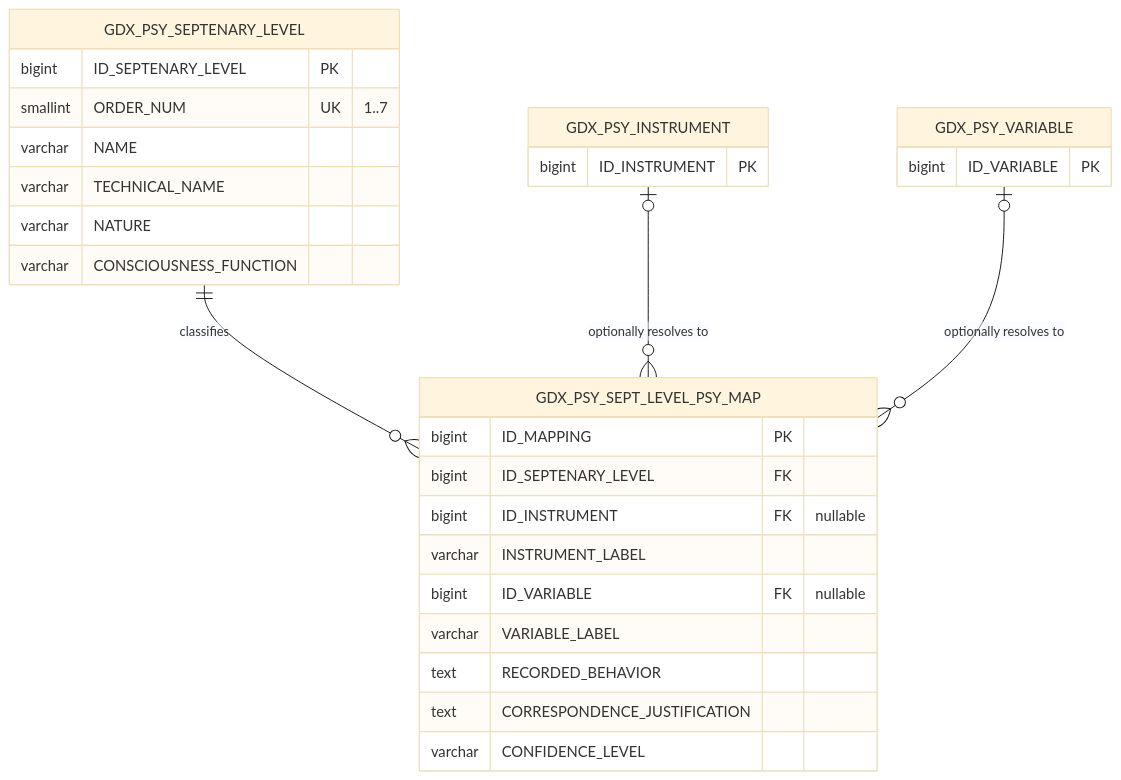
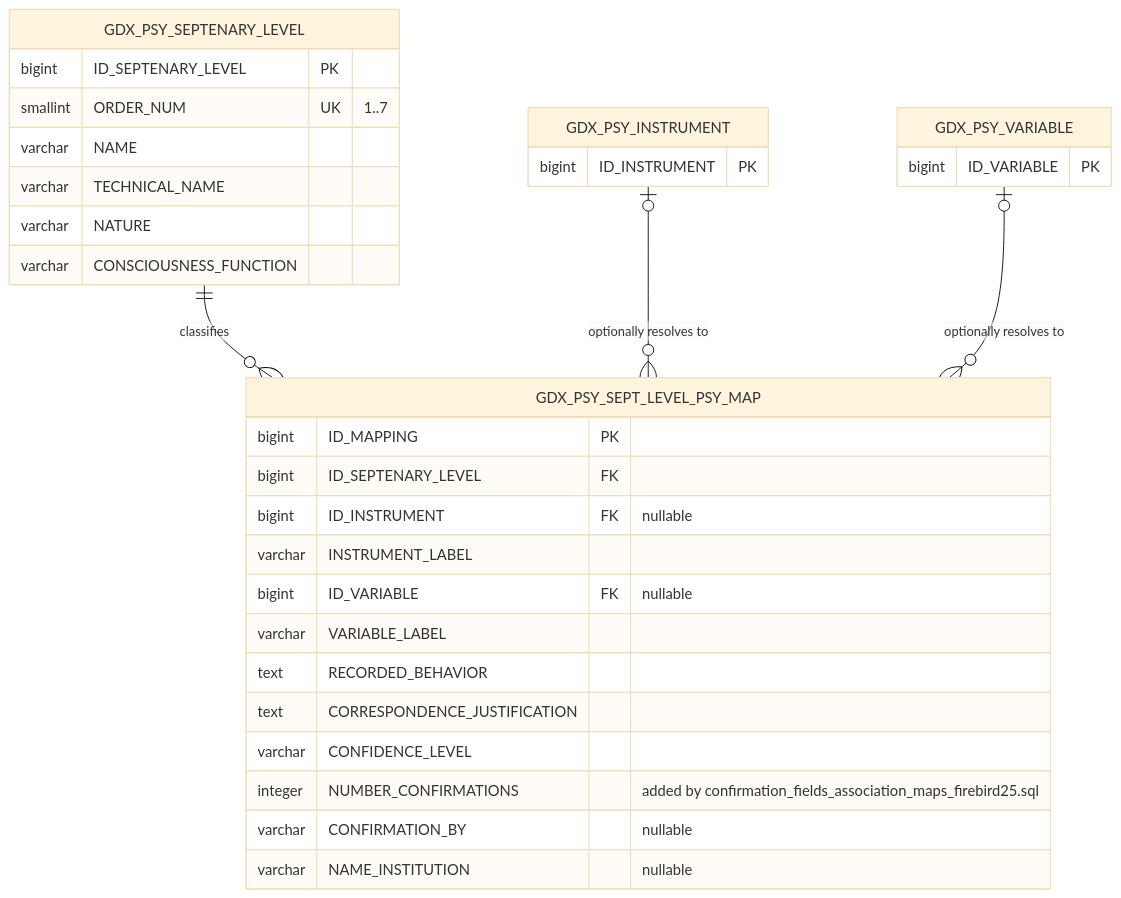
The second of 11 diagrams in GDX_HUMAN7_DEVELOPMENT_KIT.md (wilsonfda/godatax.human7), drawn with Mermaid (base theme) before and after one commit. The commit also changed other lines of this file and 63 other files, not shown here.

````diff
--- a/GDX_HUMAN7_DEVELOPMENT_KIT.md
+++ b/GDX_HUMAN7_DEVELOPMENT_KIT.md
@@ -547,32 +613,35 @@
 ```mermaid
 erDiagram
     GDX_PSY_SEPTENARY_LEVEL ||--o{ GDX_PSY_SEPT_LEVEL_PSY_MAP : classifies
     GDX_PSY_INSTRUMENT |o--o{ GDX_PSY_SEPT_LEVEL_PSY_MAP : "optionally resolves to"
     GDX_PSY_VARIABLE |o--o{ GDX_PSY_SEPT_LEVEL_PSY_MAP : "optionally resolves to"
 
     GDX_PSY_SEPTENARY_LEVEL {
         bigint ID_SEPTENARY_LEVEL PK
         smallint ORDER_NUM UK "1..7"
         varchar NAME
         varchar TECHNICAL_NAME
         varchar NATURE
         varchar CONSCIOUSNESS_FUNCTION
     }
     GDX_PSY_SEPT_LEVEL_PSY_MAP {
         bigint ID_MAPPING PK
         bigint ID_SEPTENARY_LEVEL FK
         bigint ID_INSTRUMENT FK "nullable"
         varchar INSTRUMENT_LABEL
         bigint ID_VARIABLE FK "nullable"
         varchar VARIABLE_LABEL
         text RECORDED_BEHAVIOR
         text CORRESPONDENCE_JUSTIFICATION
         varchar CONFIDENCE_LEVEL
+        integer NUMBER_CONFIRMATIONS "added by confirmation_fields_association_maps_firebird25.sql"
+        varchar CONFIRMATION_BY "nullable"
+        varchar NAME_INSTITUTION "nullable"
     }
     GDX_PSY_INSTRUMENT {
         bigint ID_INSTRUMENT PK
     }
     GDX_PSY_VARIABLE {
         bigint ID_VARIABLE PK
     }
 ```
````
